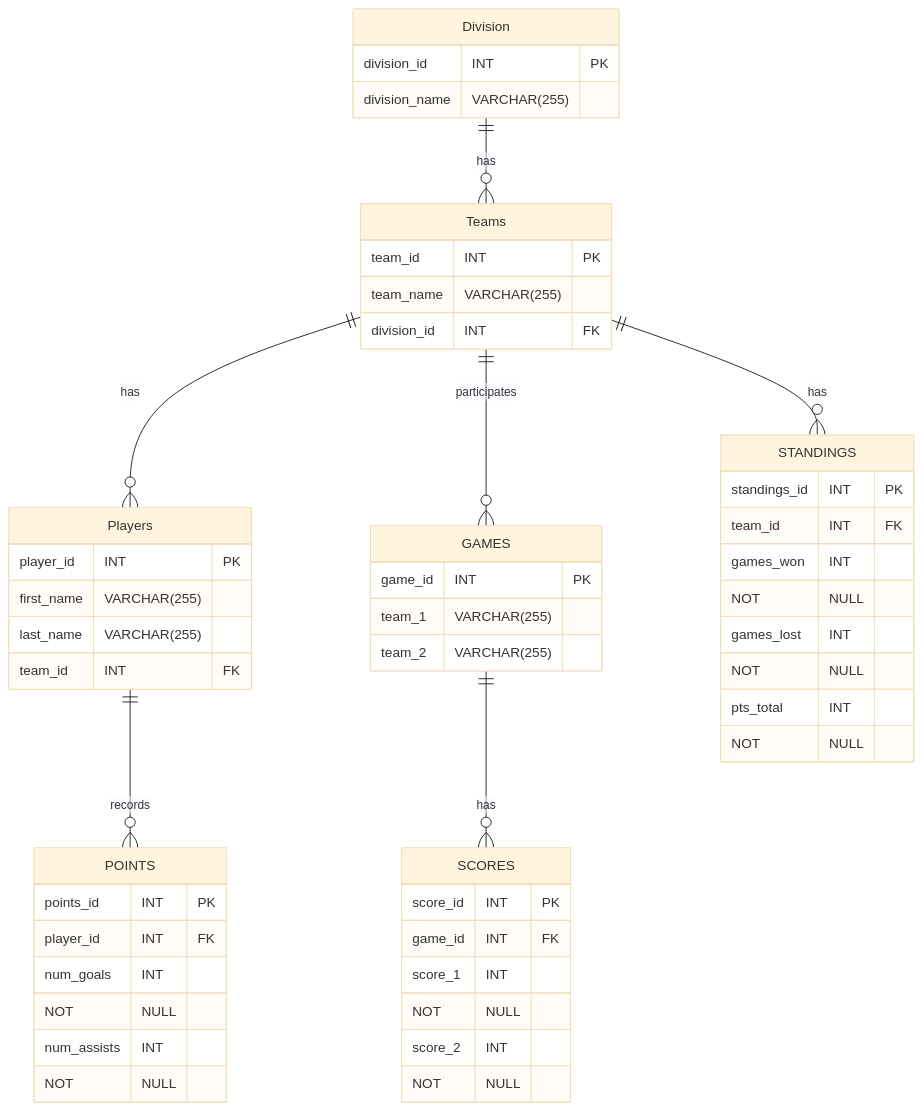
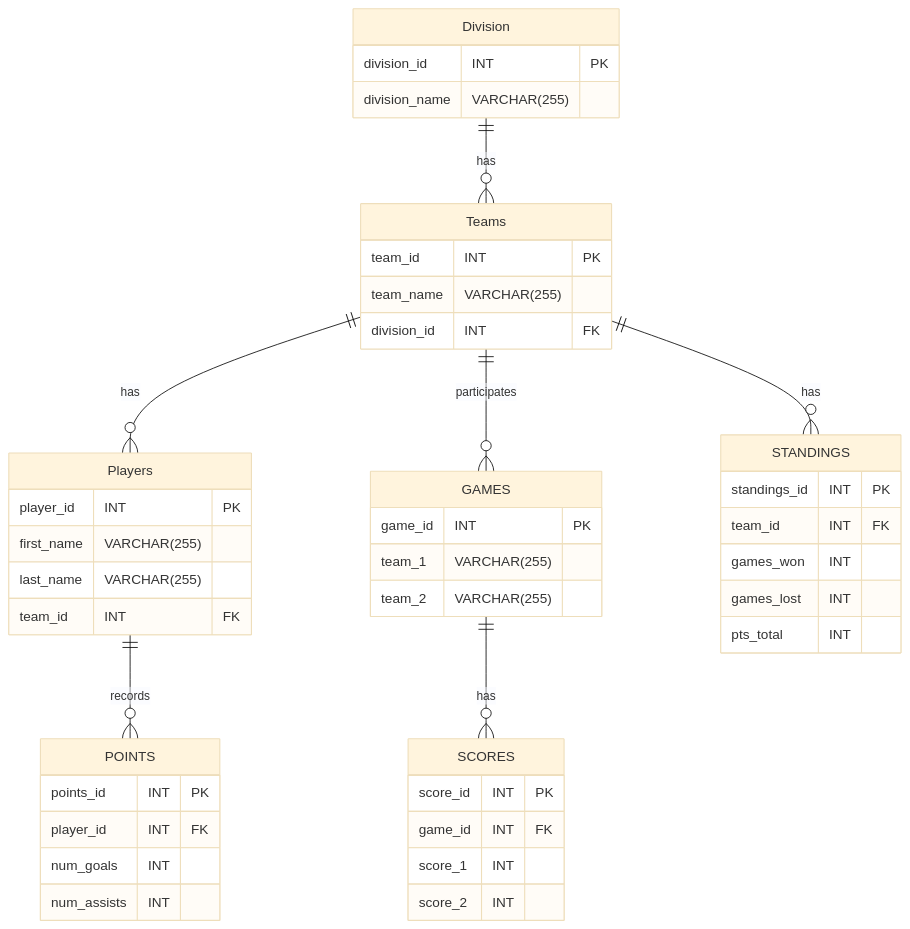
Before and after one commit to cg3979/db_project: the diagram in README.md, drawn with Mermaid (base theme).

````diff
--- a/README.md
+++ b/README.md
@@ -13,50 +13,50 @@
 ```mermaid
 erDiagram
   Division {
     division_id INT PK
     division_name VARCHAR(255)
   }
   Teams {
     team_id INT PK
     team_name VARCHAR(255)
     division_id INT FK
   }
   Players {
     player_id INT PK
     first_name VARCHAR(255)
     last_name VARCHAR(255)
     team_id INT FK
   }
   GAMES {
     game_id INT PK
     team_1 VARCHAR(255)
     team_2 VARCHAR(255)
   }
   SCORES {
     score_id INT PK
     game_id INT FK
-    score_1 INT NOT NULL
-    score_2 INT NOT NULL
+    score_1 INT
+    score_2 INT
   }
   POINTS {
     points_id INT PK
     player_id INT FK
-    num_goals INT NOT NULL
-    num_assists INT NOT NULL
+    num_goals INT 
+    num_assists INT
   }
   STANDINGS {
     standings_id INT PK
     team_id INT FK
-    games_won INT NOT NULL
-    games_lost INT NOT NULL
-    pts_total INT NOT NULL
+    games_won INT 
+    games_lost INT
+    pts_total INT 
   }
   Division  ||--o{ Teams : "has"
   Teams ||--o{ Players : "has"
   Teams ||--o{ GAMES : "participates"
   GAMES ||--o{ SCORES : "has"
   Players ||--o{ POINTS : "records"
   Teams ||--o{ STANDINGS : "has"
 
 
 ```
````
